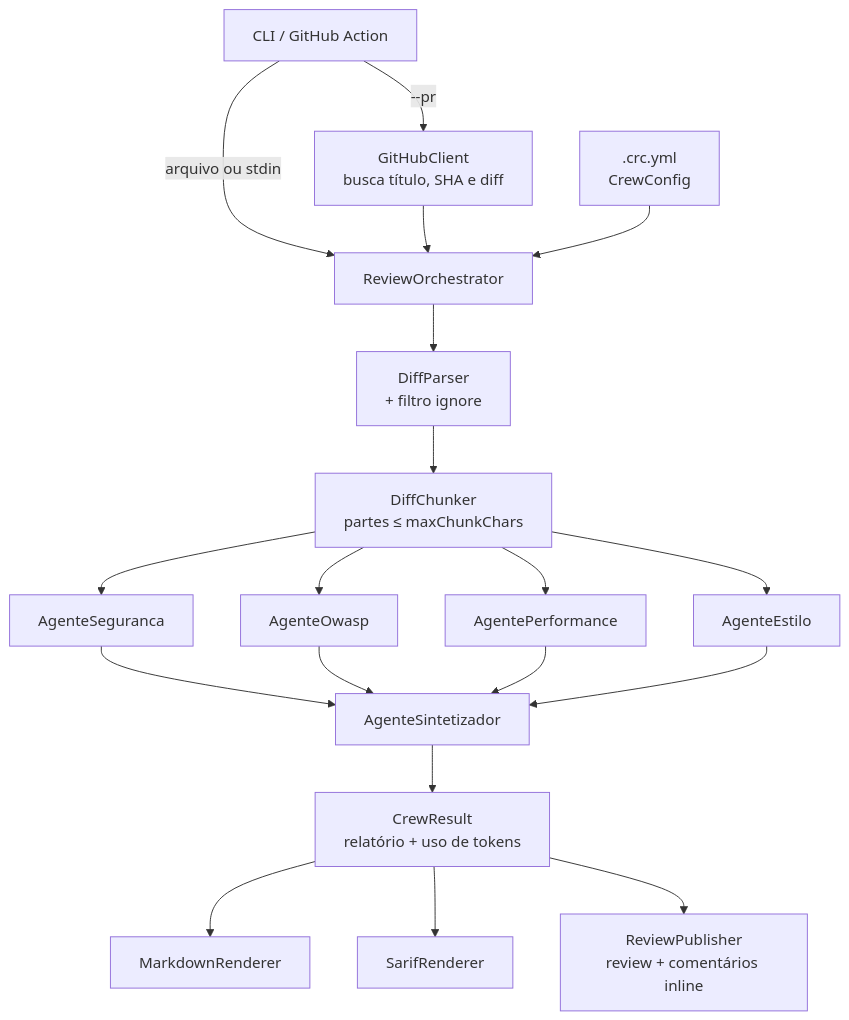
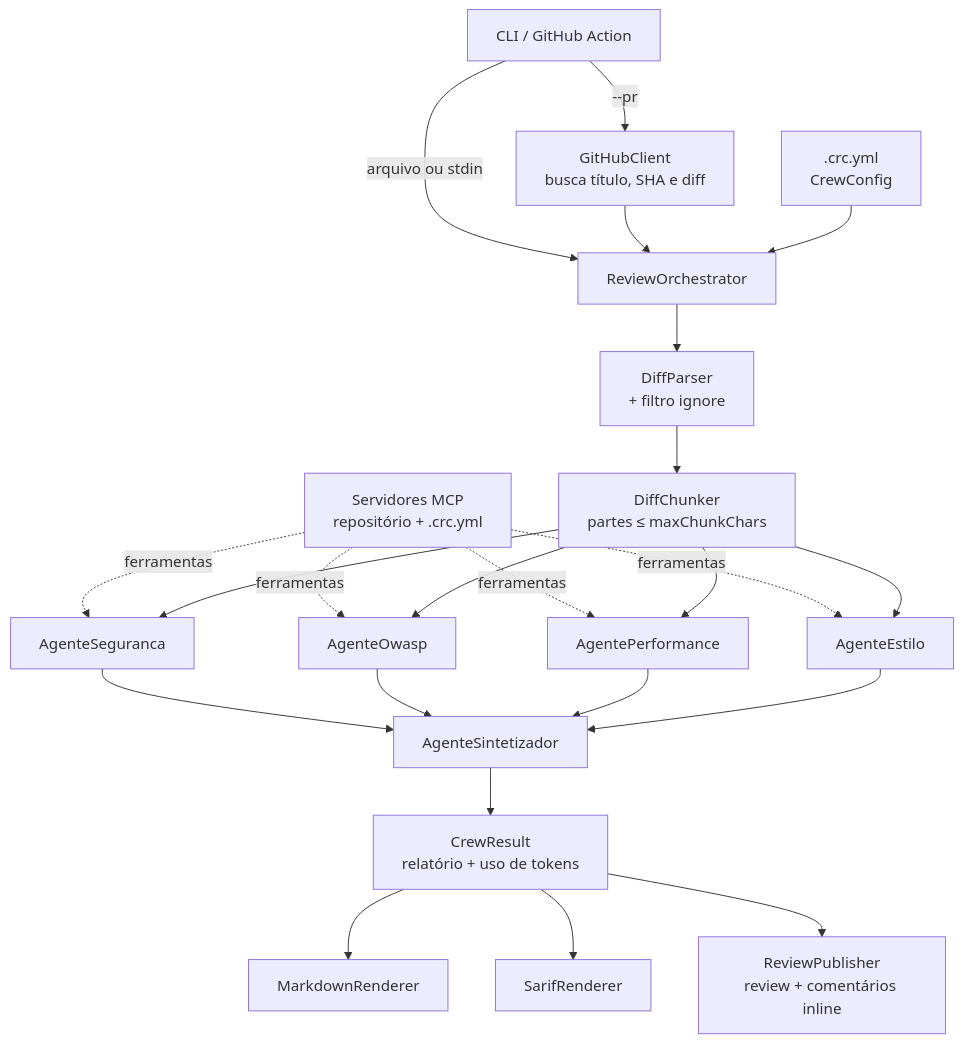
One commit to Cosmess/code-review-crew changed the diagram in docs/arquitetura.md. Above: the diagram before and after it, drawn with Mermaid. The commit also changed other lines of this file and 8 other files, not shown here.

````diff
--- a/docs/arquitetura.md
+++ b/docs/arquitetura.md
@@ -5,18 +5,19 @@
 ```mermaid
 flowchart TD
     CLI[CLI / GitHub Action] -->|--pr| GH[GitHubClient<br/>busca título, SHA e diff]
     CLI -->|arquivo ou stdin| ORQ
     GH --> ORQ[ReviewOrchestrator]
     CFG[.crc.yml<br/>CrewConfig] --> ORQ
     ORQ --> P[DiffParser<br/>+ filtro ignore]
     P --> C[DiffChunker<br/>partes ≤ maxChunkChars]
+    MCP[Servidores MCP<br/>repositório + .crc.yml] -.ferramentas.-> S1 & S2 & S3 & S4
     C --> S1[AgenteSeguranca]
     C --> S2[AgenteOwasp]
     C --> S3[AgentePerformance]
     C --> S4[AgenteEstilo]
     S1 & S2 & S3 & S4 --> SY[AgenteSintetizador]
     SY --> R[CrewResult<br/>relatório + uso de tokens]
     R --> MD[MarkdownRenderer]
     R --> SA[SarifRenderer]
     R --> PUB[ReviewPublisher<br/>review + comentários inline]
 ```
````
